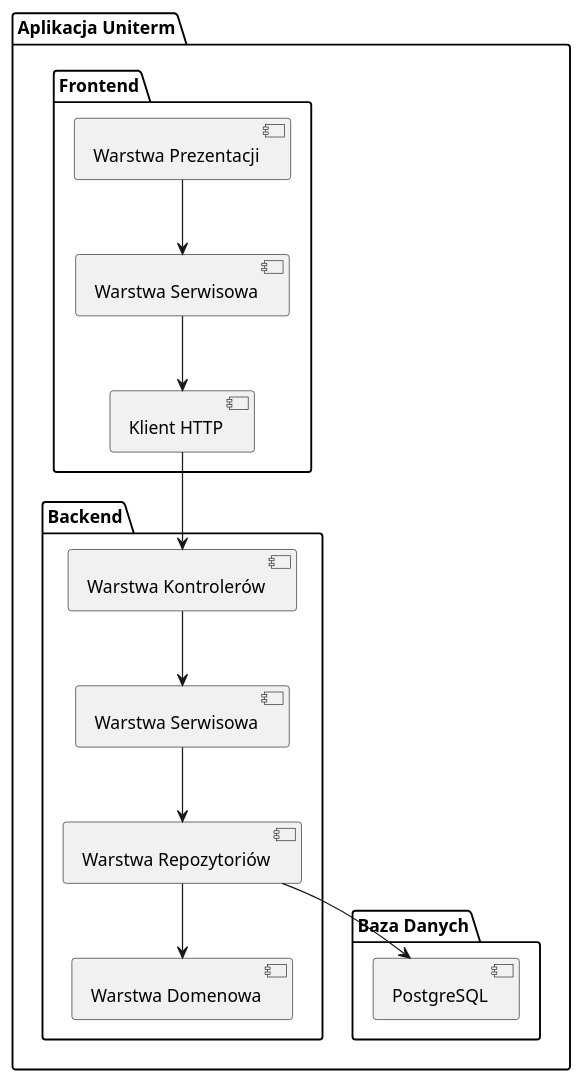
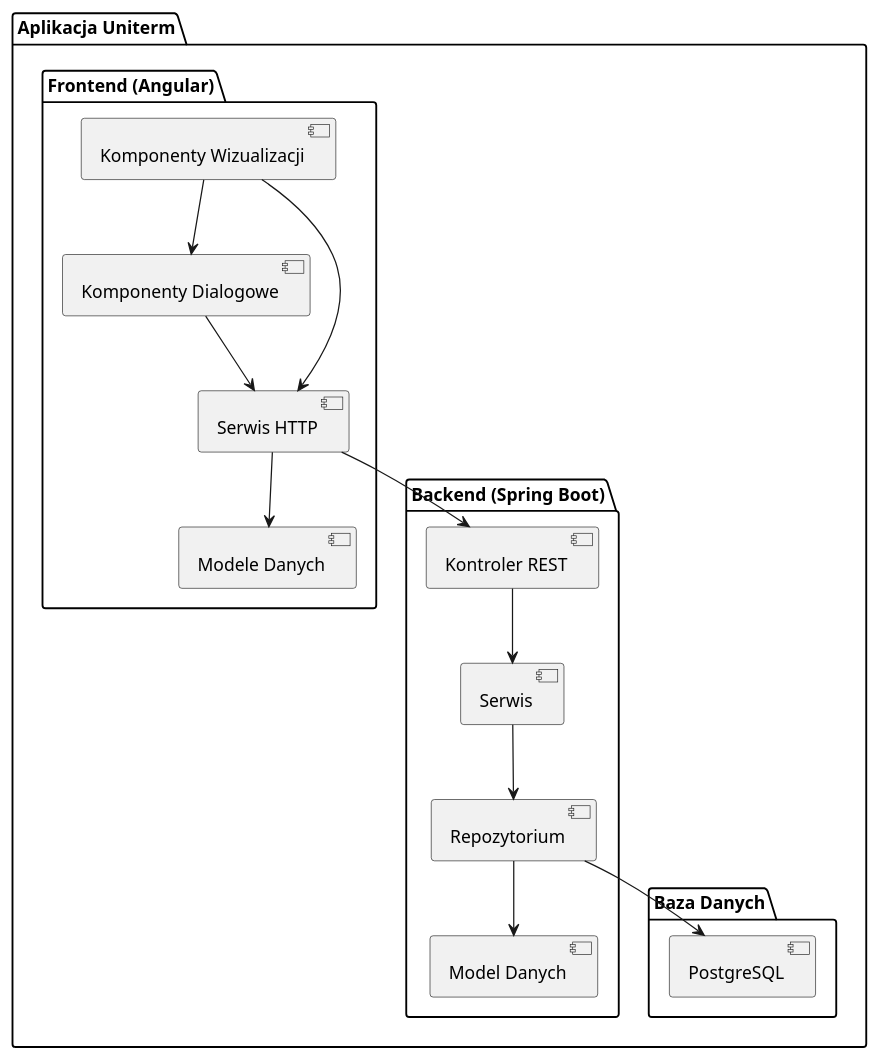
Before and after one commit to miluski/Uniterm: the diagram in documentation/diagrams/layers/diagram.wsd, drawn with PlantUML. The commit also changed 13 other files, not shown here.

```diff
--- a/documentation/diagrams/layers/diagram.wsd
+++ b/documentation/diagrams/layers/diagram.wsd
@@ -1,28 +1,31 @@
 @startuml
 package "Aplikacja Uniterm" {
-  package "Frontend" {
-    [Warstwa Prezentacji] as FE_Presentation
-    [Warstwa Serwisowa] as FE_Service
-    [Klient HTTP] as FE_HTTP
+  package "Frontend (Angular)" {
+    [Komponenty Wizualizacji] as FE_Visualization
+    [Komponenty Dialogowe] as FE_Dialog
+    [Serwis HTTP] as FE_Service
+    [Modele Danych] as FE_Models
   }
   
-  package "Backend" {
-    [Warstwa Kontrolerów] as BE_Controller
-    [Warstwa Serwisowa] as BE_Service
-    [Warstwa Repozytoriów] as BE_Repository
-    [Warstwa Domenowa] as BE_Domain
+  package "Backend (Spring Boot)" {
+    [Kontroler REST] as BE_Controller
+    [Serwis] as BE_Service
+    [Repozytorium] as BE_Repository
+    [Model Danych] as BE_Domain
   }
   
   package "Baza Danych" {
     [PostgreSQL] as DB
   }
   
-  FE_Presentation --> FE_Service
-  FE_Service --> FE_HTTP
-  FE_HTTP --> BE_Controller
+  FE_Visualization --> FE_Dialog
+  FE_Visualization --> FE_Service
+  FE_Dialog --> FE_Service
+  FE_Service --> FE_Models
+  FE_Service --> BE_Controller
   BE_Controller --> BE_Service
   BE_Service --> BE_Repository
   BE_Repository --> BE_Domain
   BE_Repository --> DB
 }
 @enduml
```
